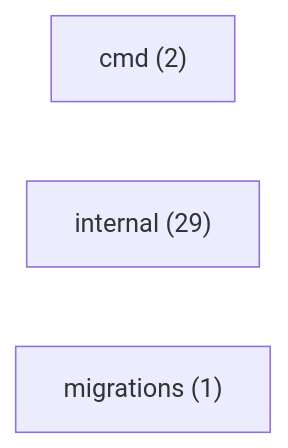
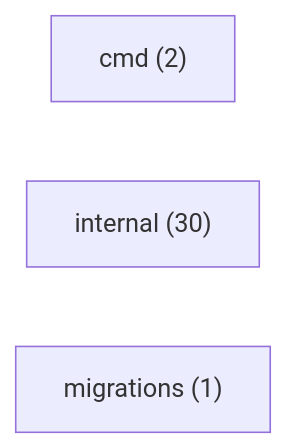
One commit to mauriciomiwa/ominicore-service changed the diagram in DOC/System/mapa/inventario.md. Above: the diagram before and after it, drawn with Mermaid. The commit also changed other lines of this file and 18 other files, not shown here.

````diff
--- a/DOC/System/mapa/inventario.md
+++ b/DOC/System/mapa/inventario.md
@@ -14,6 +14,6 @@
 ```mermaid
 graph LR
   cmd["cmd (2)"]
-  internal["internal (29)"]
+  internal["internal (30)"]
   migrations["migrations (1)"]
 ```
````
